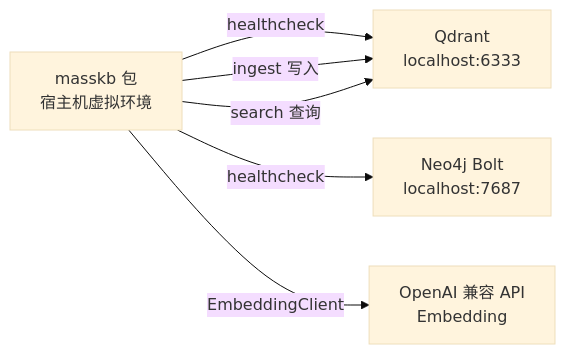
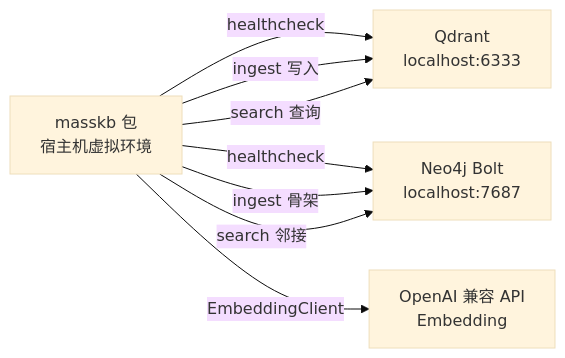
One commit to bgwealth2027/masskb changed the diagram in README.md. Above: the diagram before and after it, drawn with Mermaid (base theme). The commit also changed other lines of this file and 7 other files, not shown here.

````diff
--- a/README.md
+++ b/README.md
@@ -42,13 +42,15 @@
 ```mermaid
 flowchart LR
   pkg["masskb 包\n宿主机虚拟环境"]
   qdrant["Qdrant\nlocalhost:6333"]
   neo4j["Neo4j Bolt\nlocalhost:7687"]
   api["OpenAI 兼容 API\nEmbedding"]
 
   pkg -->|"healthcheck"| qdrant
   pkg -->|"ingest 写入"| qdrant
   pkg -->|"search 查询"| qdrant
   pkg -->|"healthcheck"| neo4j
+  pkg -->|"ingest 骨架"| neo4j
+  pkg -->|"search 邻接"| neo4j
   pkg -->|"EmbeddingClient"| api
 ```
````
